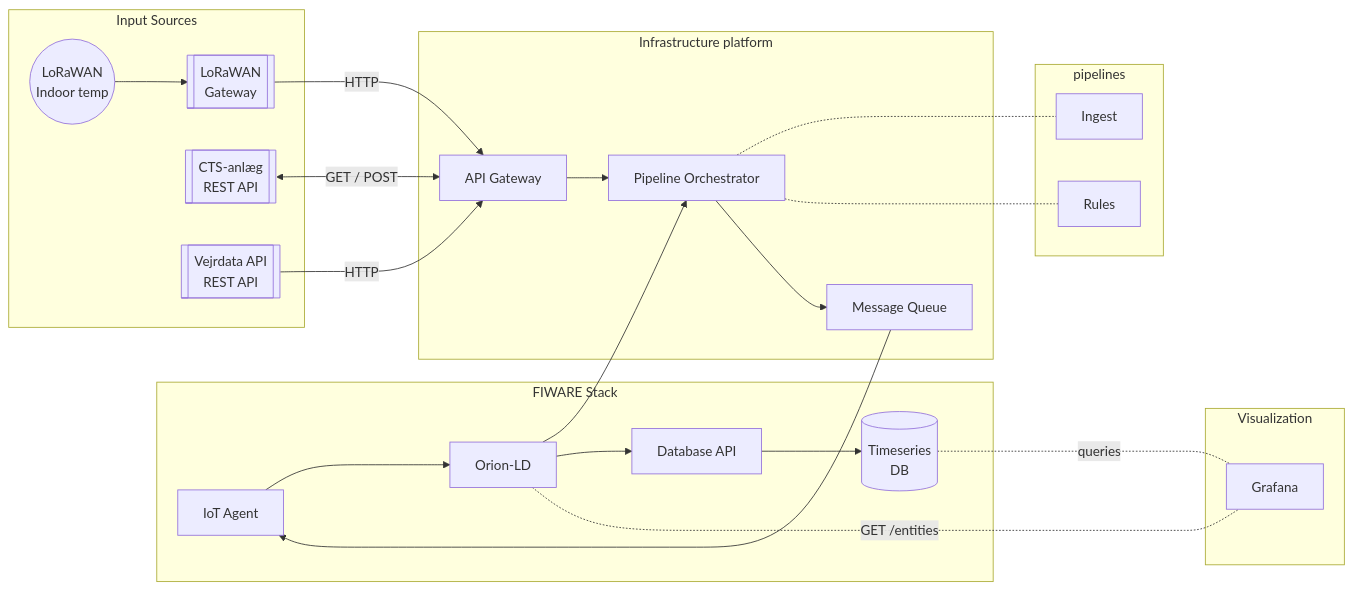
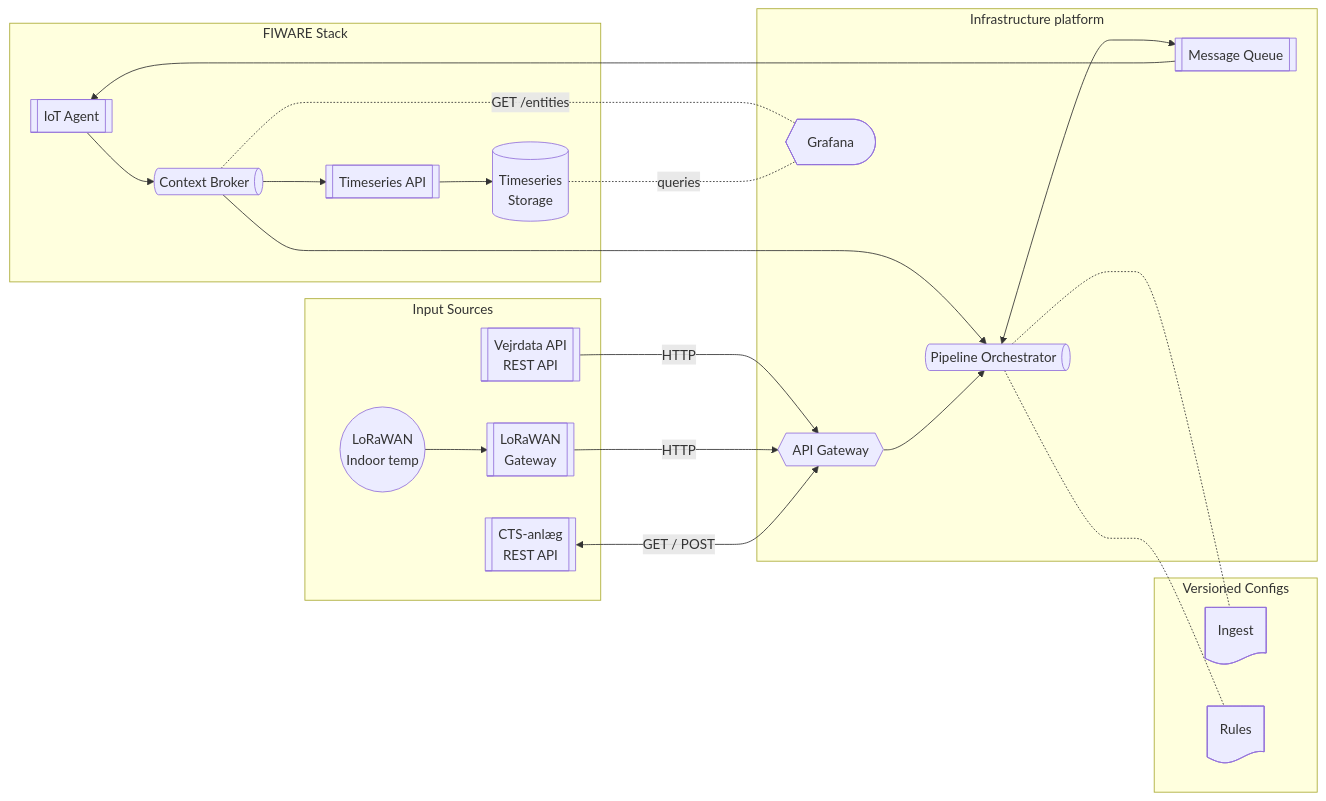
One commit to OS2sandbox/ai-heatcontrol changed the diagram in docs/content/architecture.md. Above: the diagram before and after it, drawn with Mermaid.

Commit message:
chore: spacing subgraphs

````diff
--- a/docs/content/architecture.md
+++ b/docs/content/architecture.md
@@ -45,46 +45,43 @@
 ```mermaid
 flowchart LR
 subgraph FIWARE ["FIWARE Stack"]
-        IOT[IoT Agent]
-        ORION[Orion-LD]
-        QL[Database API]
-        TS[(Timeseries<br/>DB)]
+        IOT@{ shape: subroutine, label: "IoT Agent" }
+        ORION@{ shape: h-cyl, label: "Context Broker" }
+        QL@{ shape: fr-rect, label: "Timeseries API" }
+        TS[(Timeseries<br/>Storage)]
     end
 
     subgraph INPUT ["Input Sources"]
         LORA((LoRaWAN<br/>Indoor temp))
         GATEWAY[[LoRaWAN<br/>Gateway]]
         CTS[[CTS-anlæg<br/>REST API]]
         WEATHER[[Vejrdata API<br/>REST API]]
     end
     
-    subgraph pipelines
-    P1[Ingest]
-    P2[Rules]
+    subgraph VCS ["Versioned Configs"]
+    P1@{ shape: doc, label: "Ingest" }
+    P2@{ shape: doc, label: "Rules" }
     end
 
     subgraph PLATFORM["Infrastructure platform"]
-    INGRESS[API Gateway]
-    PIPELINE[Pipeline Orchestrator]
-    NATS[Message Queue]
+    NATS@{ shape: subroutine, label: "Message Queue" }
+    INGRESS@{ shape: hex, label: "API Gateway" }
+    PIPELINE@{ shape: h-cyl, label: "Pipeline Orchestrator" }
+    GRAFANA@{ shape: curv-trap, label: "Grafana" }
     end
     
     
-    subgraph VIZ ["Visualization"]
-        GRAFANA[Grafana]
-    end
-
     ORION --> PIPELINE 
     PIPELINE -..- P1 & P2
-    WEATHER -->|HTTP| INGRESS
-    LORA --> GATEWAY -->|HTTP| INGRESS
+    WEATHER --->|HTTP| INGRESS
+    LORA --> GATEWAY --->|HTTP| INGRESS
     INGRESS --> PIPELINE
-    CTS <-->|GET / POST| INGRESS 
+    CTS <--->|GET / POST| INGRESS 
 
-    PIPELINE --> NATS --> IOT
+    PIPELINE <---> NATS ---------> IOT
     IOT --> ORION
     ORION --> QL
     QL --> TS
     ORION <-..-|GET /entities| GRAFANA
-    TS <-..-|queries| GRAFANA
+    TS <-.-|queries| GRAFANA
 ```
````
